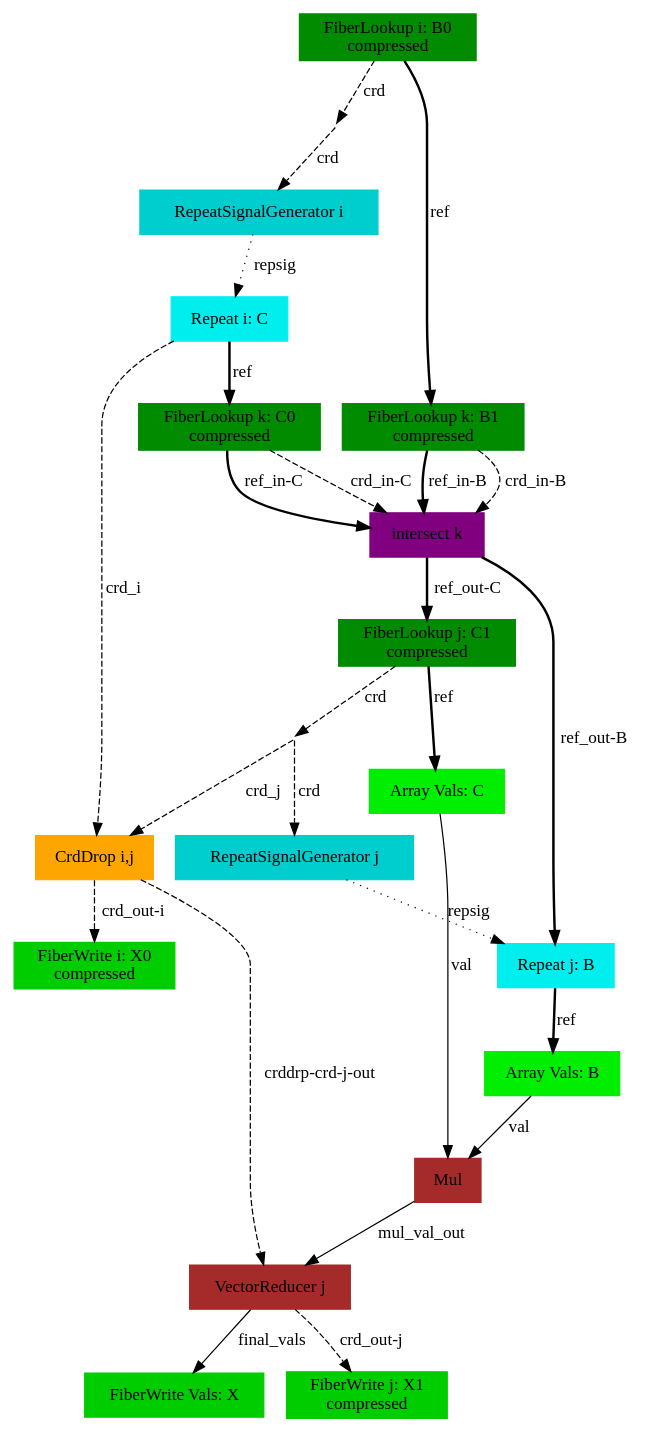
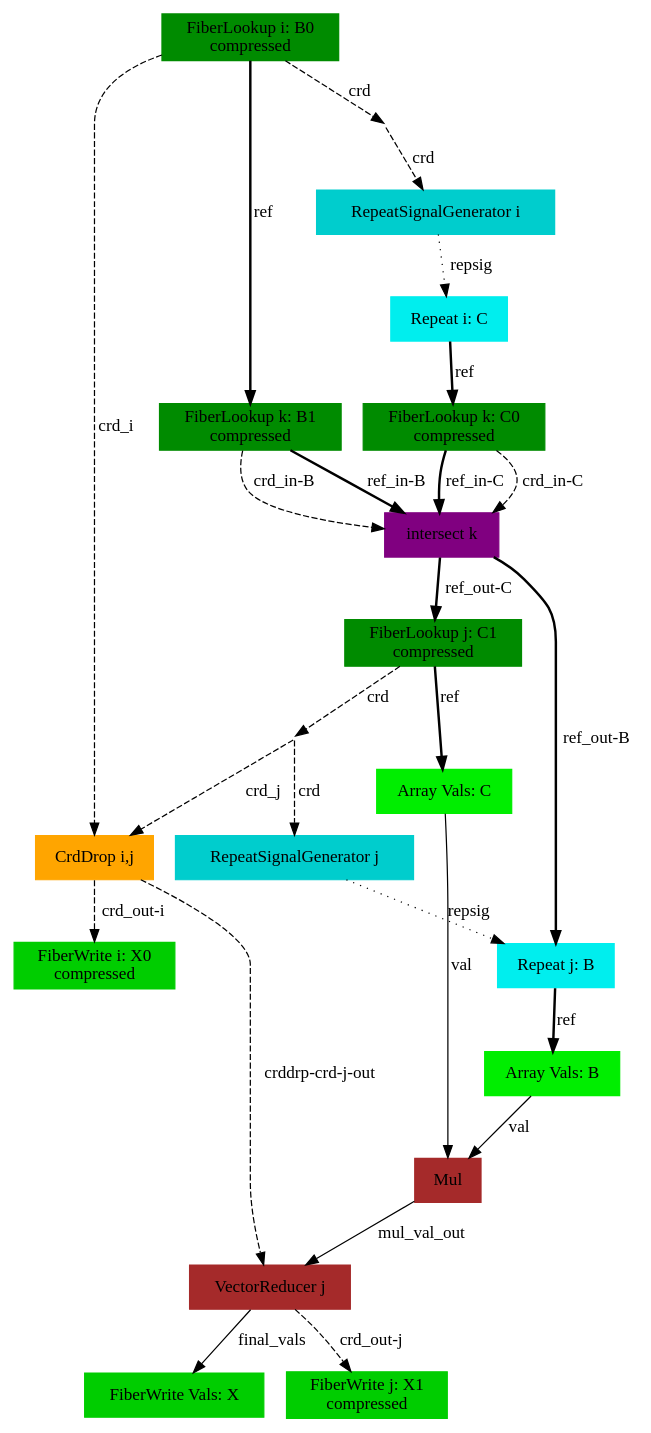
Before and after one commit to weiya711/sam: the diagram in compiler/sam-outputs/dot/matmul_ikj_hand_BLACKBOX.gv, drawn with Graphviz. The commit also changed 6 other files, not shown here.

Commit message:
VR connection rules and SAM graph changes

```diff
--- a/compiler/sam-outputs/dot/matmul_ikj_hand_BLACKBOX.gv
+++ b/compiler/sam-outputs/dot/matmul_ikj_hand_BLACKBOX.gv
@@ -1,47 +1,47 @@
 digraph SAM {
     comment="X=ss01,B=ss01,C=ss01"
-    20 [comment="type=vectorreducer,index=j" label="VectorReducer j" color=brown shape=box style=filled type="vectorreducer" index="j"]
+    20 [comment="type=vectorreducer,index=j" label="VectorReducer j" color=brown shape=box style=filled type="vectorreducer" accum_index="j"]
     0 [comment="type=fiberwrite,mode=vals,tensor=X,size=1*B0_dim*C1_dim,sink=true" label="FiberWrite Vals: X" color=green3 shape=box style=filled type="fiberwrite" tensor="X" mode="vals" size="1*B0_dim*C1_dim" sink="true"]
     1 [comment="type=fiberwrite,index=j,tensor=X,mode=1,format=compressed,segsize=B0_dim+1,crdsize=B0_dim*C1_dim,sink=true" label="FiberWrite j: X1\ncompressed" color=green3 shape=box style=filled type="fiberwrite" index="j" tensor="X" mode="1" format="compressed" segsize="B0_dim+1" crdsize="B0_dim*C1_dim" sink="true"]
     19 [comment="type=fiberlookup,index=i,tensor=B,mode=0,format=compressed,src=true,root=true" label="FiberLookup i: B0\ncompressed" color=green4 shape=box style=filled type="fiberlookup" index="i" tensor="B" mode="0" format="compressed" src="true" root="true"]
     18 [comment="type=broadcast" shape=point style=invis type="broadcast"]
     4 [comment="type=crddrop,outer=i,inner=j" label="CrdDrop i,j" color=orange shape=box style=filled type="crddrop" outer="i" inner="j"]
     2 [comment="type=fiberwrite,index=i,tensor=X,mode=0,format=compressed,segsize=2,crdsize=B0_dim,sink=true" label="FiberWrite i: X0\ncompressed" color=green3 shape=box style=filled type="fiberwrite" index="i" tensor="X" mode="0" format="compressed" segsize="2" crdsize="B0_dim" sink="true"]
     17 [comment="type=repsiggen,index=i" label="RepeatSignalGenerator i" color=cyan3 shape=box style=filled type="repsiggen" index="i"]
     16 [comment="type=repeat,index=i,tensor=C,root=true" label="Repeat i: C" color=cyan2 shape=box style=filled type="repeat" index="i" tensor="C" root="true"]
     15 [comment="type=fiberlookup,index=k,tensor=C,mode=0,format=compressed,src=true,root=false" label="FiberLookup k: C0\ncompressed" color=green4 shape=box style=filled type="fiberlookup" index="k" tensor="C" mode="0" format="compressed" src="true" root="false"]
     13 [comment="type=intersect,index=k" label="intersect k" color=purple shape=box style=filled type="intersect" index="k"]
     9 [comment="type=repeat,index=j,tensor=B,root=false" label="Repeat j: B" color=cyan2 shape=box style=filled type="repeat" index="j" tensor="B" root="false"]
     7 [comment="type=arrayvals,tensor=B" label="Array Vals: B" color=green2 shape=box style=filled type="arrayvals" tensor="B"]
     6 [comment="type=mul" label="Mul" color=brown shape=box style=filled type="mul"]
     12 [comment="type=fiberlookup,index=j,tensor=C,mode=1,format=compressed,src=true,root=false" label="FiberLookup j: C1\ncompressed" color=green4 shape=box style=filled type="fiberlookup" index="j" tensor="C" mode="1" format="compressed" src="true" root="false"]
     11 [comment="type=broadcast" shape=point style=invis type="broadcast"]
     10 [comment="type=repsiggen,index=j" label="RepeatSignalGenerator j" color=cyan3 shape=box style=filled type="repsiggen" index="j"]
     8 [comment="type=arrayvals,tensor=C" label="Array Vals: C" color=green2 shape=box style=filled type="arrayvals" tensor="C"]
     14 [comment="type=fiberlookup,index=k,tensor=B,mode=1,format=compressed,src=true,root=false" label="FiberLookup k: B1\ncompressed" color=green4 shape=box style=filled type="fiberlookup" index="k" tensor="B" mode="1" format="compressed" src="true" root="false"]
     19 -> 18 [label="crd" style=dashed type="crd" comment=""]
     4 -> 2 [label="crd_out-i" style=dashed type="crd" comment="out-i"]
     18 -> 17 [label="crd" style=dashed type="crd" comment=""]
     17 -> 16 [label="repsig" style=dotted type="repsig"]
     16 -> 15 [label="ref" style=bold type="ref"]
     15 -> 13 [label="crd_in-C" style=dashed type="crd" comment="in-C"]
     13 -> 9 [label="ref_out-B" style=bold type="ref" comment="out-B"]
     9 -> 7 [label="ref" style=bold type="ref"]
     7 -> 6 [label="val" type="val"]
     13 -> 12 [label="ref_out-C" style=bold type="ref" comment="out-C"]
     12 -> 11 [label="crd" style=dashed type="crd" comment=""]
-    16 -> 4 [label="crd_i" style=dashed type="crd" comment="i"]
+    19 -> 4 [label="crd_i" style=dashed type="crd" comment="i"]
     11 -> 4 [label="crd_j" style=dashed type="crd" comment="j"]
     11 -> 10 [label="crd" style=dashed type="crd" comment=""]
     10 -> 9 [label="repsig" style=dotted type="repsig"]
     12 -> 8 [label="ref" style=bold type="ref" comment=""]
     8 -> 6 [label="val" type="val"]
     15 -> 13 [label="ref_in-C" style=bold type="ref" comment="in-C"]
     19 -> 14 [label="ref" style=bold type="ref" comment=""]
     14 -> 13 [label="crd_in-B" style=dashed type="crd" comment="in-B"]
     14 -> 13 [label="ref_in-B" style=bold type="ref" comment="in-B"]
     4 -> 20 [label="crddrp-crd-j-out" style=dashed type="crd" comment="crddrp-crd-j-out"]
     6 -> 20 [label="mul_val_out" type="val"]
     20 -> 0 [label="final_vals" type="val"]
     20 -> 1 [label="crd_out-j" style=dashed type="crd" comment="out-j"]
 }
```
